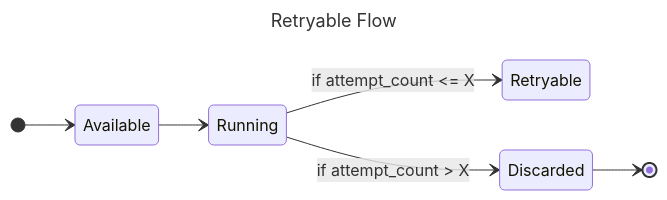
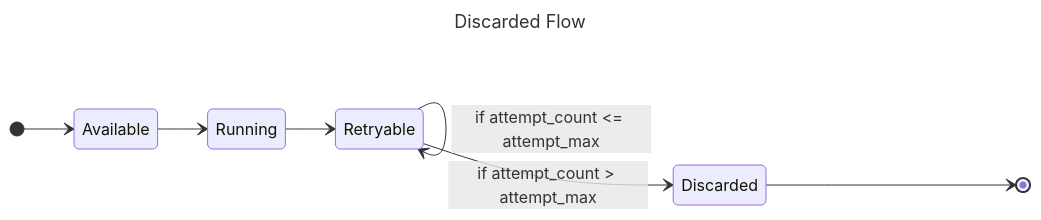
One commit to kanthorlabs/kanthorq changed the seventh of 8 diagrams in website/docs/002-concepts/005-task.md. Above: the diagram before and after it, drawn with Mermaid. The commit also changed 13 other files, not shown here.

````diff
--- a/website/docs/002-concepts/005-task.md
+++ b/website/docs/002-concepts/005-task.md
@@ -169,14 +169,15 @@
 ```mermaid
 ---
-title: Retryable Flow
+title: Discarded Flow
 ---
 stateDiagram-v2
     direction LR
     [*] --> Available
     Available --> Running
+    Running --> Retryable
 
-    Running --> Retryable: if attempt_count <= X
-    Running --> Discarded: if attempt_count > X
+    Retryable --> Retryable: if attempt_count <= attempt_max
+    Retryable --> Discarded: if attempt_count > attempt_max
 
     Discarded--> [*]
 ```
````
